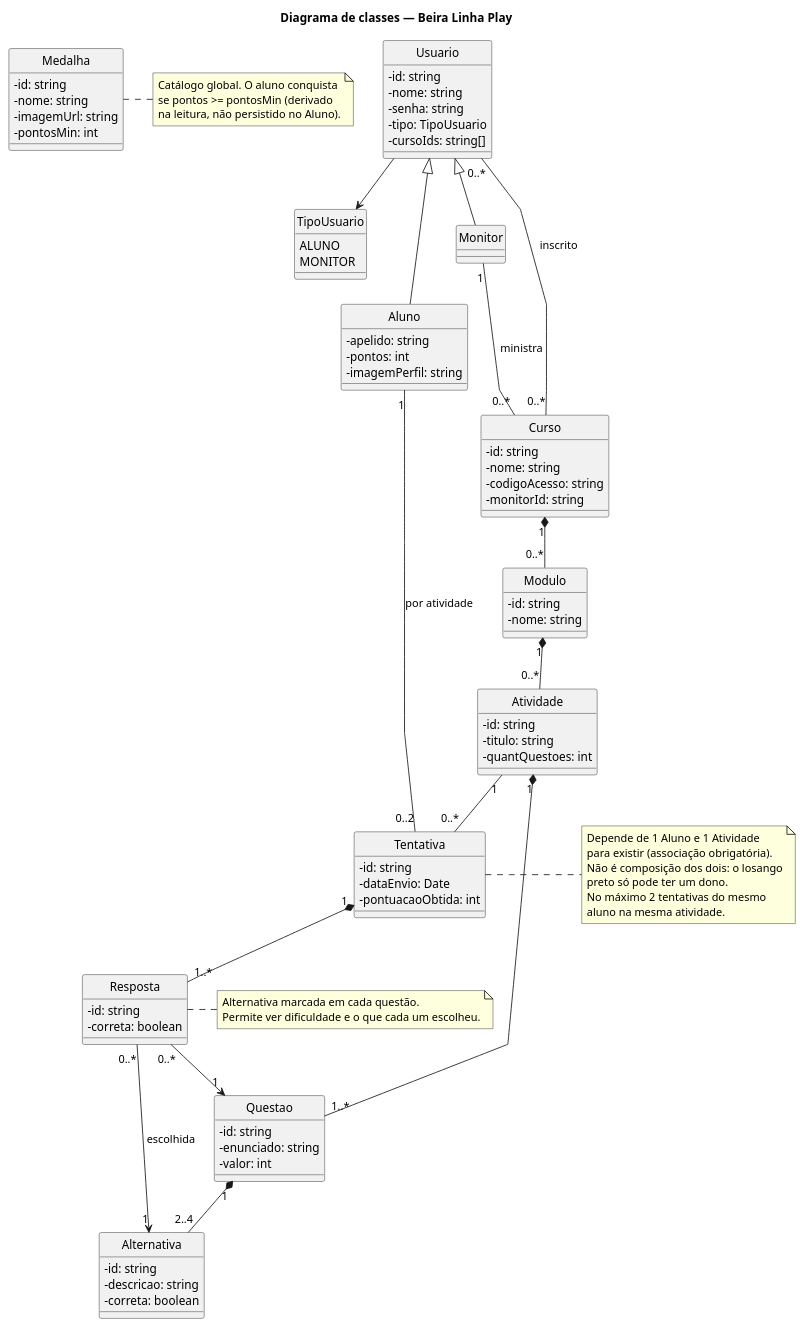
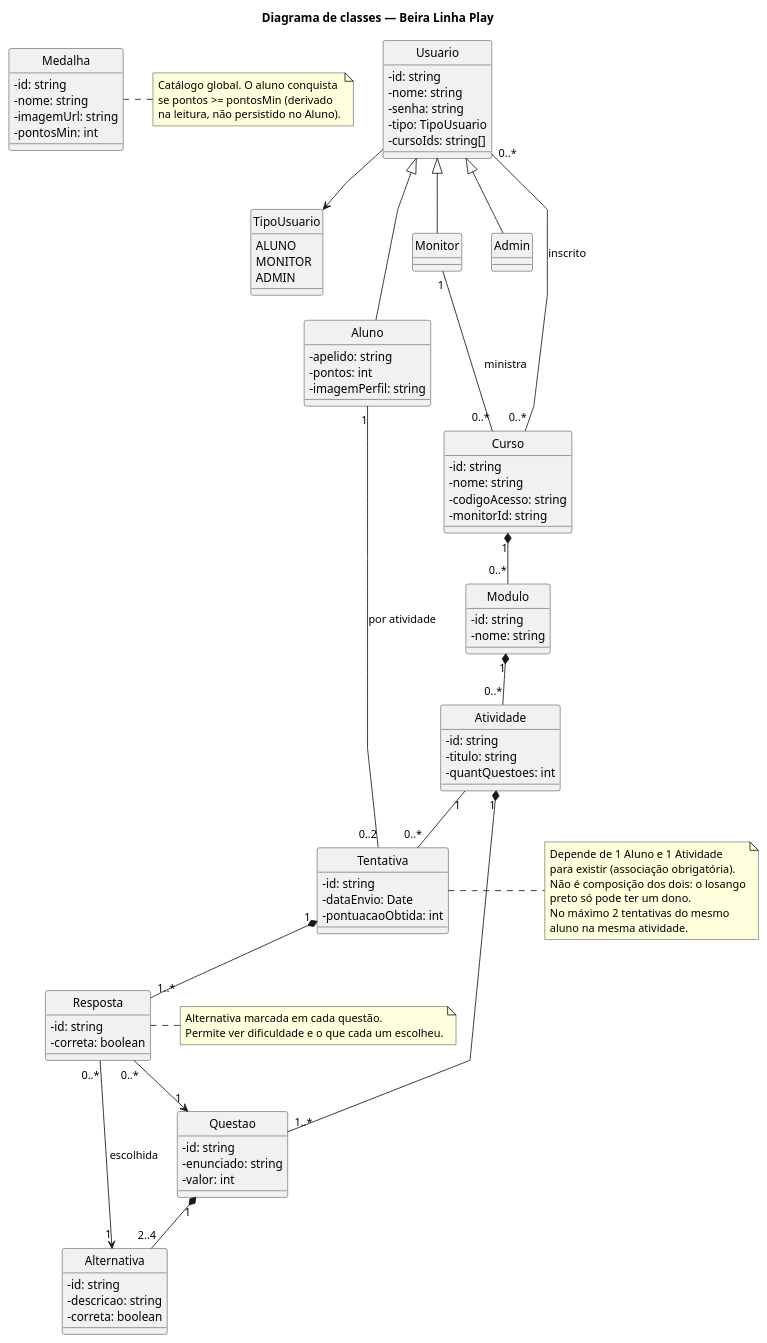
The diagram in src/diagrama-classes.puml (GustavoA01/react-flow), drawn with PlantUML before and after one commit. The commit also changed 46 other files, not shown here.

Commit message:
animacao de ? alterada, componente label input, ranking sobrepondo navegacao bottom corrigido. Usuario admin

```diff
--- a/src/diagrama-classes.puml
+++ b/src/diagrama-classes.puml
@@ -1,115 +1,119 @@
 @startuml Diagrama_de_classes_Beira_Linha
 title Diagrama de classes — Beira Linha Play
 skinparam classAttributeIconSize 0
 skinparam shadowing false
 skinparam linetype polyline
 hide circle
 
 enum TipoUsuario {
   ALUNO
   MONITOR
+  ADMIN
 }
 
 class Usuario {
   - id: string
   - nome: string
   - senha: string
   - tipo: TipoUsuario
   - cursoIds: string[]
 }
 
 class Aluno {
   - apelido: string
   - pontos: int
   - imagemPerfil: string
 }
 
 class Monitor
+
+class Admin
 
 class Medalha {
   - id: string
   - nome: string
   - imagemUrl: string
   - pontosMin: int
 }
 
 class Curso {
   - id: string
   - nome: string
   - codigoAcesso: string
   - monitorId: string
 }
 
 class Modulo {
   - id: string
   - nome: string
 }
 
 class Atividade {
   - id: string
   - titulo: string
   - quantQuestoes: int
 }
 
 class Questao {
   - id: string
   - enunciado: string
   - valor: int
 }
 
 class Alternativa {
   - id: string
   - descricao: string
   - correta: boolean
 }
 
 class Tentativa {
   - id: string
   - dataEnvio: Date
   - pontuacaoObtida: int
 }
 
 class Resposta {
   - id: string
   - correta: boolean
 }
 
 Usuario <|-- Aluno
 Usuario <|-- Monitor
+Usuario <|-- Admin
 Usuario --> TipoUsuario
 
 Usuario "0..*" -- "0..*" Curso : inscrito
 Monitor "1" -- "0..*" Curso : ministra
 
 Curso "1" *-- "0..*" Modulo
 Modulo "1" *-- "0..*" Atividade
 Atividade "1" *-- "1..*" Questao
 Questao "1" *-- "2..4" Alternativa
 
 Aluno "1" -- "0..2" Tentativa : por atividade
 Atividade "1" -- "0..*" Tentativa
 Tentativa "1" *-- "1..*" Resposta
 Resposta "0..*" --> "1" Questao
 Resposta "0..*" --> "1" Alternativa : escolhida
 
 note right of Medalha
   Catálogo global. O aluno conquista
   se pontos >= pontosMin (derivado
   na leitura, não persistido no Aluno).
 end note
 
 note right of Tentativa
   Depende de 1 Aluno e 1 Atividade
   para existir (associação obrigatória).
   Não é composição dos dois: o losango
   preto só pode ter um dono.
   No máximo 2 tentativas do mesmo
   aluno na mesma atividade.
 end note
 
 note right of Resposta
   Alternativa marcada em cada questão.
   Permite ver dificuldade e o que cada um escolheu.
 end note
 
 @enduml
```
